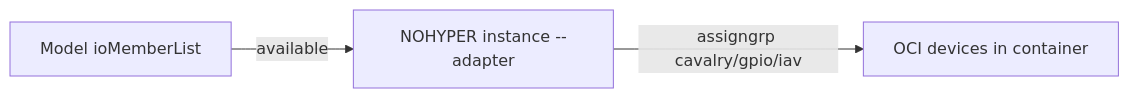
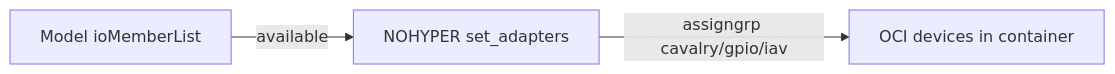
One commit to cchiou-amba/amba-virt changed the diagram in doc/EVE-Ambarella-Models.md. Above: the diagram before and after it, drawn with Mermaid. The commit also changed other lines of this file and 7 other files, not shown here.

First line of the commit message:
Add instance adapter scripts and top-level README

````diff
--- a/doc/EVE-Ambarella-Models.md
+++ b/doc/EVE-Ambarella-Models.md
@@ -77,8 +83,8 @@
 ```mermaid
 flowchart LR
   model["Model ioMemberList"]
-  inst["NOHYPER instance --adapter"]
+  inst["NOHYPER set_adapters"]
   oci["OCI devices in container"]
   model -->|"available"| inst
   inst -->|"assigngrp cavalry/gpio/iav"| oci
 ```
````
